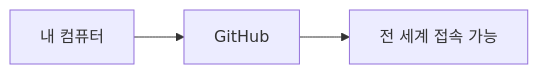
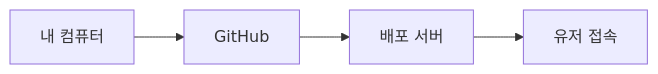
The second of 4 diagrams in _md/essentials-vibecoding/chapter03/03-1.md (nugurejeil/weniVooks), drawn with Mermaid before and after one commit. The commit also changed other lines of this file and 4 other files, not shown here.

````diff
--- a/_md/essentials-vibecoding/chapter03/03-1.md
+++ b/_md/essentials-vibecoding/chapter03/03-1.md
@@ -13,5 +73,6 @@
 ```mermaid
 flowchart LR
     A["내 컴퓨터"] --> B["GitHub"]
-    B --> C["전 세계 접속 가능"]
+    B --> C["배포 서버"]
+    C --> D["유저 접속"]
 ```
````
